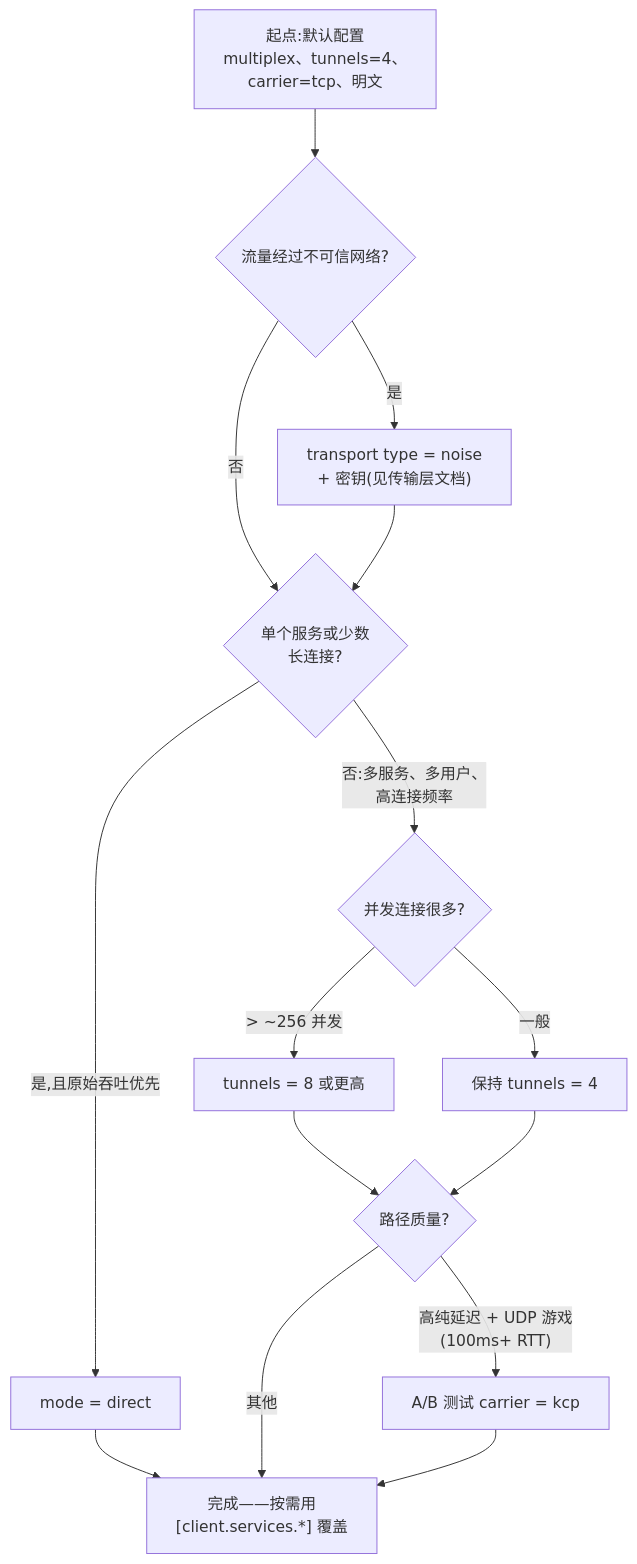
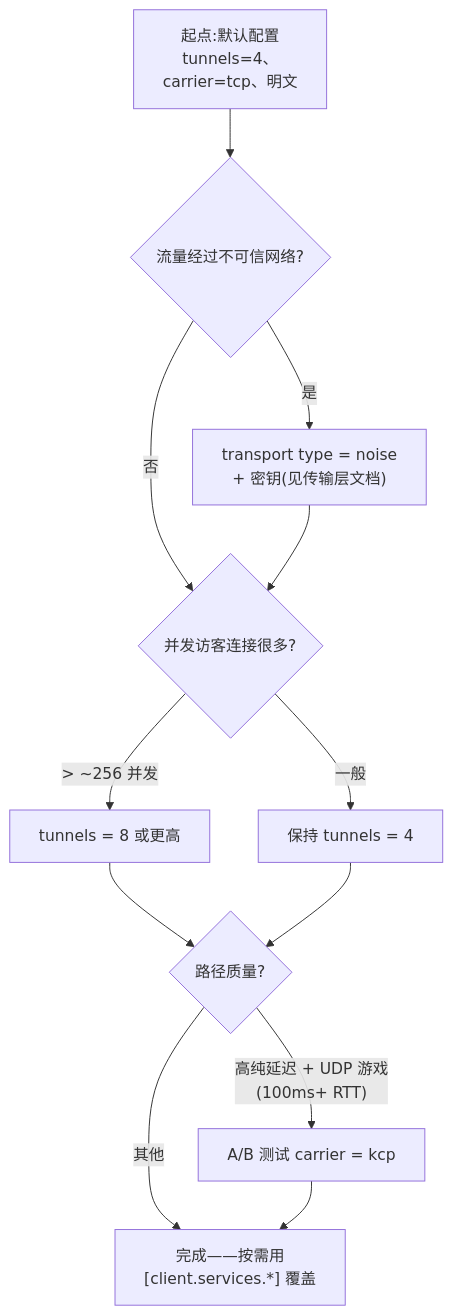
One commit to NIyueeE/molehill changed the diagram in docs/configuration.zh.md. Above: the diagram before and after it, drawn with Mermaid. The commit also changed other lines of this file and 27 other files, not shown here.

````diff
--- a/docs/configuration.zh.md
+++ b/docs/configuration.zh.md
@@ -134,17 +152,14 @@
 ```mermaid
 flowchart TD
-    A["起点:默认配置<br/>multiplex、tunnels=4、<br/>carrier=tcp、明文"] --> B{"流量经过不可信网络?"}
+    A["起点:默认配置<br/>tunnels=4、<br/>carrier=tcp、明文"] --> B{"流量经过不可信网络?"}
     B -- 是 --> C["transport type = noise<br/>+ 密钥(见传输层文档)"]
-    B -- 否 --> D{"单个服务或少数<br/>长连接?"}
+    B -- 否 --> D{"并发访客连接很多?"}
     C --> D
-    D -- "是,且原始吞吐优先" --> E["mode = direct"]
-    D -- "否:多服务、多用户、<br/>高连接频率" --> F{"并发连接很多?"}
-    E --> Z["完成——按需用<br/>[client.services.*] 覆盖"]
-    F -- "> ~256 并发" --> G["tunnels = 8 或更高"]
-    F -- 一般 --> H["保持 tunnels = 4"]
+    D -- "> ~256 并发" --> G["tunnels = 8 或更高"]
+    D -- 一般 --> H["保持 tunnels = 4"]
     G --> I{"路径质量?"}
     H --> I
     I -- "高纯延迟 + UDP 游戏<br/>(100ms+ RTT)" --> J["A/B 测试 carrier = kcp"]
-    I -- 其他 --> Z
+    I -- 其他 --> Z["完成——按需用<br/>[client.services.*] 覆盖"]
     J --> Z
 ```
````
